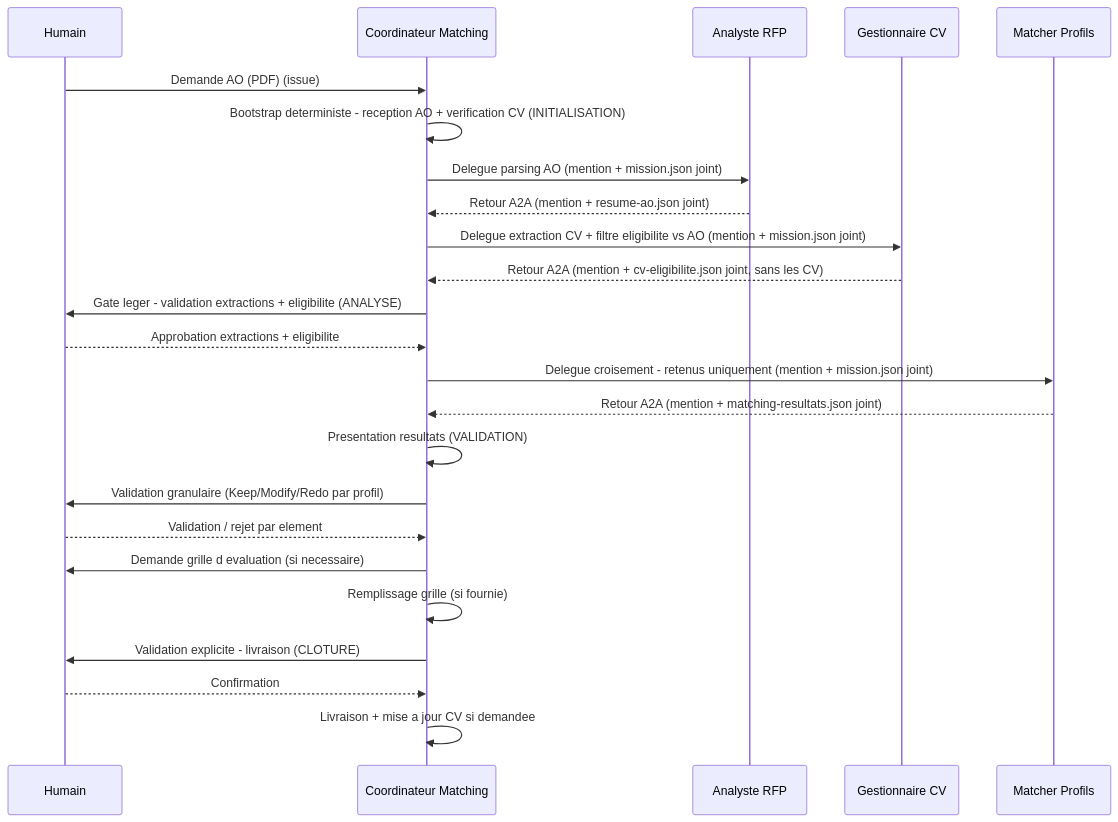
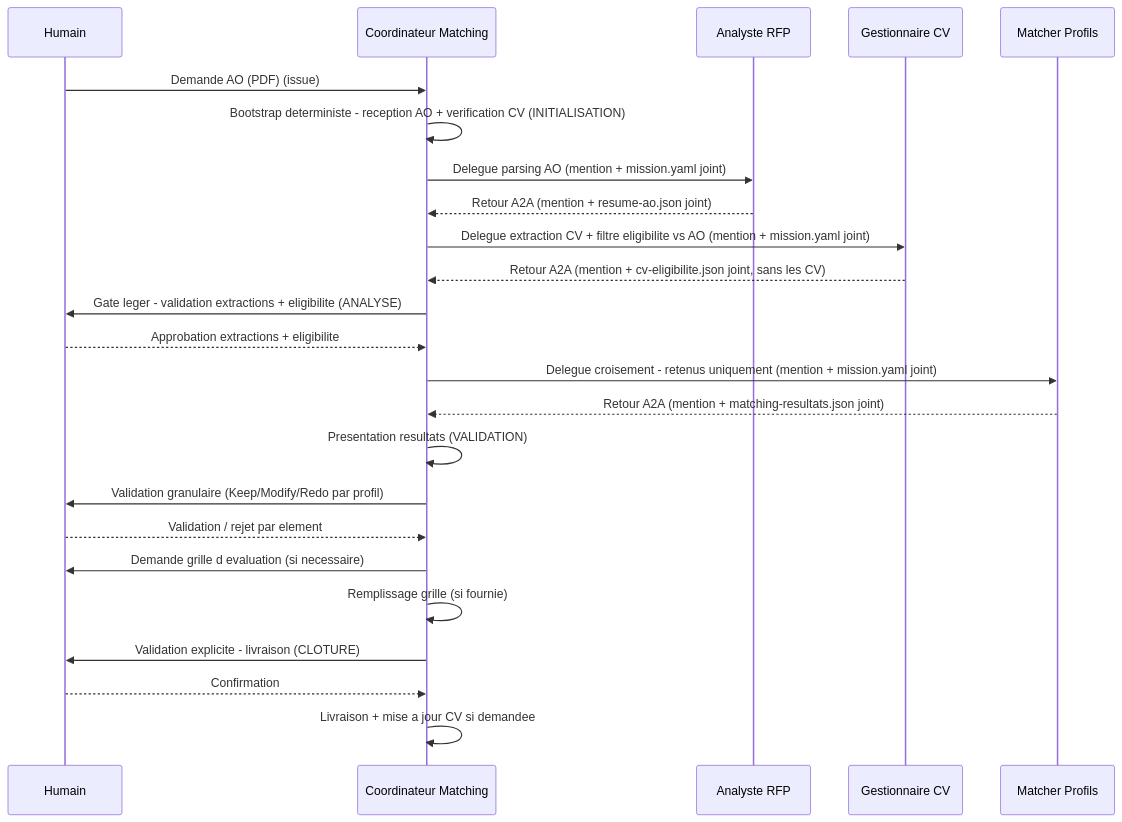
One commit to Gsyltc/homelab-portfolio changed the second of 2 diagrams in matching-cv-ao/common/conductor.md. Above: the diagram before and after it, drawn with Mermaid. The commit also changed other lines of this file and 15 other files, not shown here.

First line of the commit message:
feat(matching-cv-ao): enveloppe A2A JSON -> YAML compact (EXPE-79)

````diff
--- a/matching-cv-ao/common/conductor.md
+++ b/matching-cv-ao/common/conductor.md
@@ -165,27 +165,27 @@
 ```mermaid
 sequenceDiagram
     participant H as Humain
     participant S as Coordinateur Matching
     participant A as Analyste RFP
     participant G as Gestionnaire CV
     participant M as Matcher Profils
 
     H->>S: Demande AO (PDF) (issue)
     S->>S: Bootstrap deterministe - reception AO + verification CV (INITIALISATION)
-    S->>A: Delegue parsing AO (mention + mission.json joint)
+    S->>A: Delegue parsing AO (mention + mission.yaml joint)
     A-->>S: Retour A2A (mention + resume-ao.json joint)
-    S->>G: Delegue extraction CV + filtre eligibilite vs AO (mention + mission.json joint)
+    S->>G: Delegue extraction CV + filtre eligibilite vs AO (mention + mission.yaml joint)
     G-->>S: Retour A2A (mention + cv-eligibilite.json joint, sans les CV)
     S->>H: Gate leger - validation extractions + eligibilite (ANALYSE)
     H-->>S: Approbation extractions + eligibilite
-    S->>M: Delegue croisement - retenus uniquement (mention + mission.json joint)
+    S->>M: Delegue croisement - retenus uniquement (mention + mission.yaml joint)
     M-->>S: Retour A2A (mention + matching-resultats.json joint)
     S->>S: Presentation resultats (VALIDATION)
     S->>H: Validation granulaire (Keep/Modify/Redo par profil)
     H-->>S: Validation / rejet par element
     S->>H: Demande grille d evaluation (si necessaire)
     S->>S: Remplissage grille (si fournie)
     S->>H: Validation explicite - livraison (CLOTURE)
     H-->>S: Confirmation
     S->>S: Livraison + mise a jour CV si demandee
 ```
````
